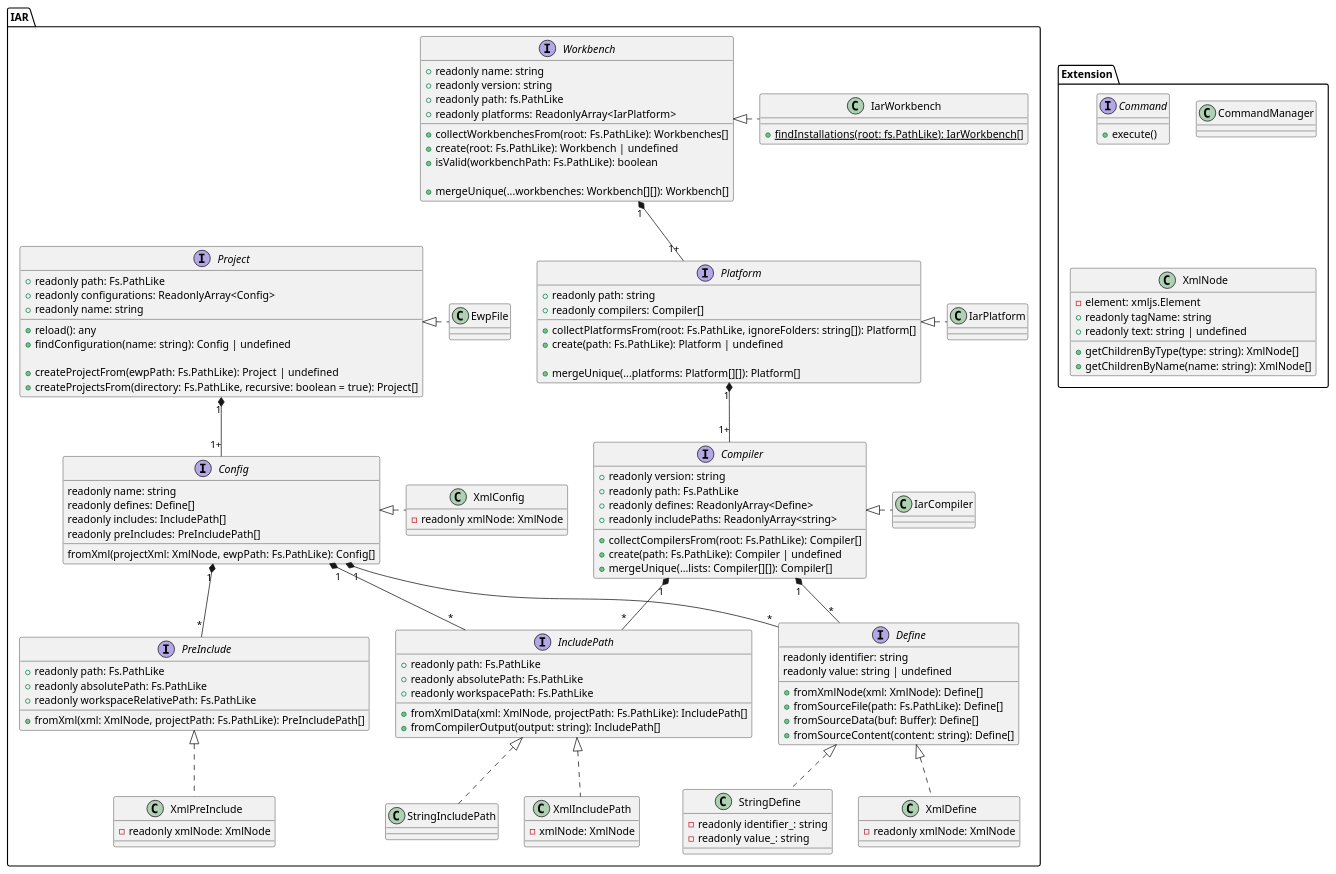
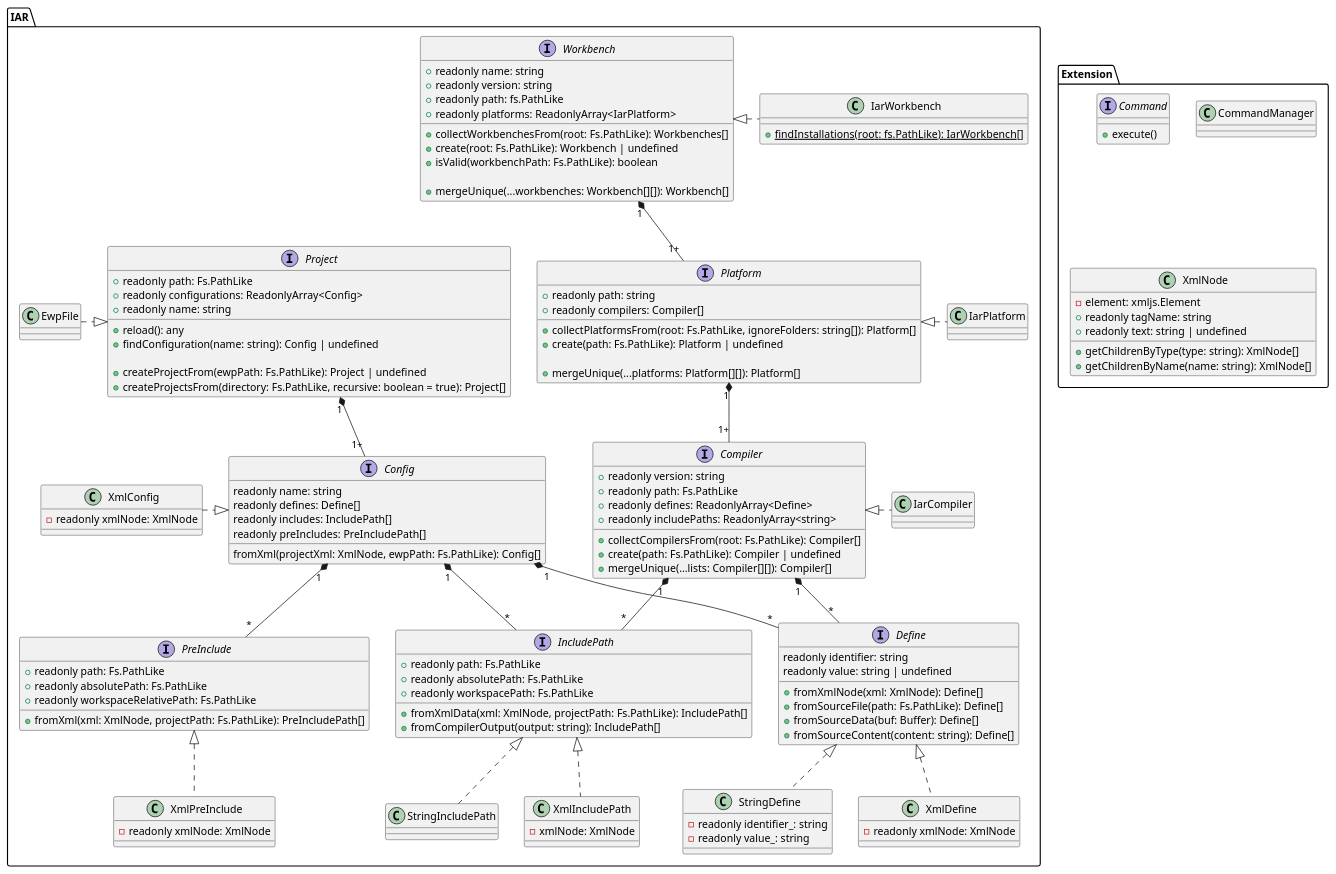
Before and after one commit to iarsystems/iar-vsc-build: the diagram in Documentation/plantuml/src/class_diagram.puml, drawn with PlantUML.

Commit message:
Improve layout of class diagram

```diff
--- a/Documentation/plantuml/src/class_diagram.puml
+++ b/Documentation/plantuml/src/class_diagram.puml
@@ -1,172 +1,171 @@
 @startuml class-diagram
 
 package IAR {
 
     interface Workbench {
         +readonly name: string
         +readonly version: string
         +readonly path: fs.PathLike
         +readonly platforms: ReadonlyArray<IarPlatform>
         
         +collectWorkbenchesFrom(root: Fs.PathLike): Workbenches[]
         +create(root: Fs.PathLike): Workbench | undefined
         +isValid(workbenchPath: Fs.PathLike): boolean
 
         +mergeUnique(...workbenches: Workbench[][]): Workbench[]
     }
 
     class IarWorkbench {
 
         +{static} findInstallations(root: fs.PathLike): IarWorkbench[]
     }
 
     interface Platform {
         +readonly path: string
         +readonly compilers: Compiler[]
 
         +collectPlatformsFrom(root: Fs.PathLike, ignoreFolders: string[]): Platform[]
         +create(path: Fs.PathLike): Platform | undefined
 
         +mergeUnique(...platforms: Platform[][]): Platform[]
     }
 
     class IarPlatform {
     }
 
     interface Compiler {
         +readonly version: string
         +readonly path: Fs.PathLike
         +readonly defines: ReadonlyArray<Define>
         +readonly includePaths: ReadonlyArray<string>
 
         +collectCompilersFrom(root: Fs.PathLike): Compiler[]
         +create(path: Fs.PathLike): Compiler | undefined
         +mergeUnique(...lists: Compiler[][]): Compiler[]
     }
 
     class IarCompiler {
     }
 
     interface Project {
         +readonly path: Fs.PathLike
         +readonly configurations: ReadonlyArray<Config>
         +readonly name: string
 
         +reload(): any
         +findConfiguration(name: string): Config | undefined
 
         +createProjectFrom(ewpPath: Fs.PathLike): Project | undefined
         +createProjectsFrom(directory: Fs.PathLike, recursive: boolean = true): Project[]
     }
 
     class EwpFile {
     }
 
     interface Config {
         readonly name: string
         readonly defines: Define[]
         readonly includes: IncludePath[]
         readonly preIncludes: PreIncludePath[]
 
         fromXml(projectXml: XmlNode, ewpPath: Fs.PathLike): Config[]
     }
 
     class XmlConfig {
         -readonly xmlNode: XmlNode
     }
 
     Interface Define {
         readonly identifier: string
         readonly value: string | undefined
 
         +fromXmlNode(xml: XmlNode): Define[]
         +fromSourceFile(path: Fs.PathLike): Define[]
         +fromSourceData(buf: Buffer): Define[]
         +fromSourceContent(content: string): Define[]
     }
 
     class XmlDefine {
         -readonly xmlNode: XmlNode
     }
 
     class StringDefine {
         -readonly identifier_: string
         -readonly value_: string
     }
 
     Interface IncludePath {
         +readonly path: Fs.PathLike
         +readonly absolutePath: Fs.PathLike
         +readonly workspacePath: Fs.PathLike
 
         +fromXmlData(xml: XmlNode, projectPath: Fs.PathLike): IncludePath[]
         +fromCompilerOutput(output: string): IncludePath[]
     }
 
     class XmlIncludePath {
         -xmlNode: XmlNode
     }
 
     class StringIncludePath {
     }
 
     Interface PreInclude {
         +readonly path: Fs.PathLike
         +readonly absolutePath: Fs.PathLike
         +readonly workspaceRelativePath: Fs.PathLike
 
         +fromXml(xml: XmlNode, projectPath: Fs.PathLike): PreIncludePath[]
     }
 
     class XmlPreInclude {
         -readonly xmlNode: XmlNode
     }
 }
 
 package Extension {
     interface Command {
         +execute()
     }
 
     class CommandManager {
     }
 
     class XmlNode {
         -element: xmljs.Element
         +readonly tagName: string
         +readonly text: string | undefined
 
         +getChildrenByType(type: string): XmlNode[]
         +getChildrenByName(name: string): XmlNode[]
     }
 }
 
 Workbench <|. IarWorkbench
 Platform <|. IarPlatform
 Compiler <|. IarCompiler
 
 Workbench "1" *-- "1+" Platform
 Platform "1" *-- "1+" Compiler
 
-Project <|. EwpFile
-
-Config <|. XmlConfig
+EwpFile .|> Project
+XmlConfig .|> Config
 
 Define <|.. XmlDefine
 Define <|.. StringDefine
 
 IncludePath <|.. XmlIncludePath
 IncludePath <|.. StringIncludePath
 
 PreInclude <|.. XmlPreInclude
 
 Project "1" *-- "1+" Config
 
 Config "1" *-- "*" Define
 Config "1" *-- "*" IncludePath
 Config "1" *-- "*" PreInclude
 
 Compiler "1" *-- "*" Define
 Compiler "1" *-- "*" IncludePath
 
 @enduml
```
